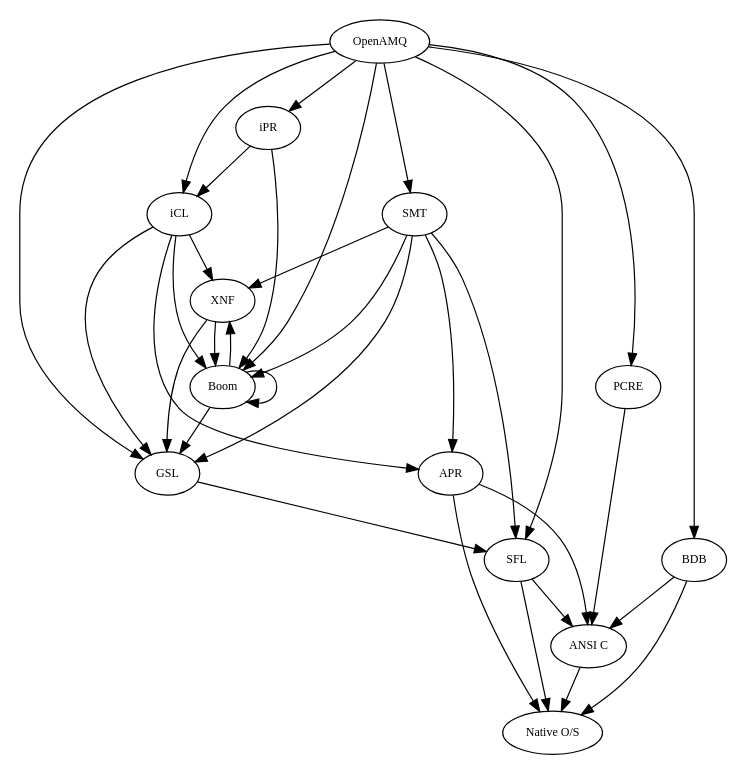
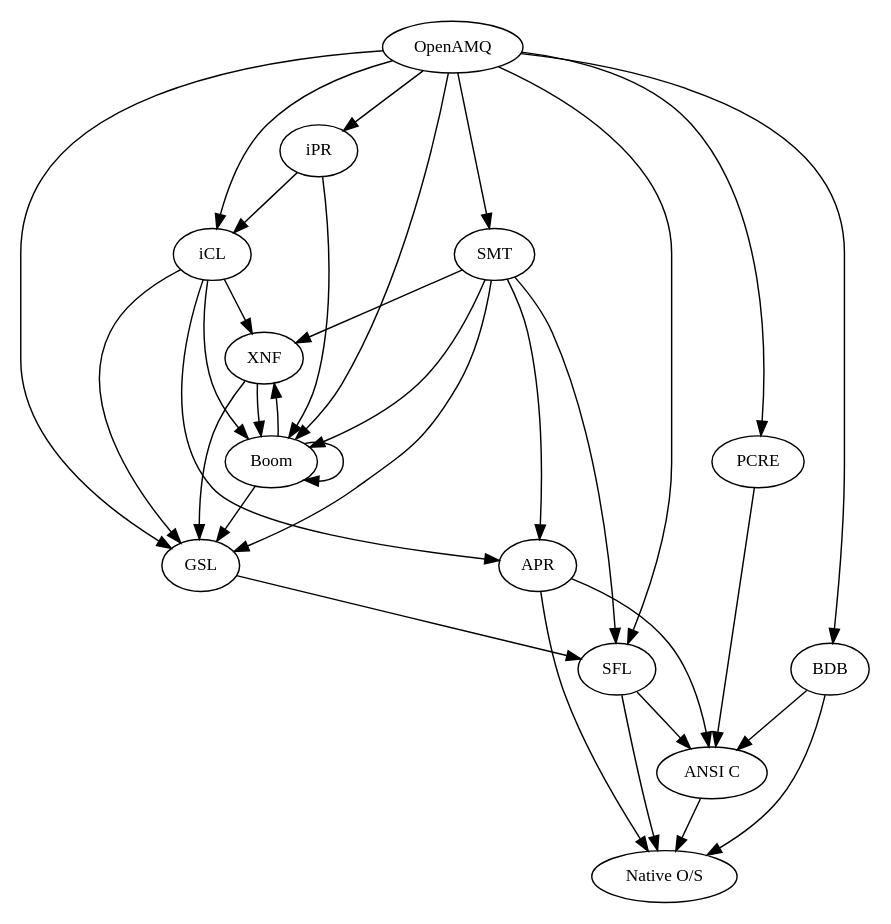
One commit to imatix/openamq changed the diagram in doc/openamq_tools.dot. Above: the diagram before and after it, drawn with Graphviz. The commit also changed 4 other files, not shown here.

```diff
--- a/doc/openamq_tools.dot
+++ b/doc/openamq_tools.dot
@@ -1,41 +1,41 @@
 //  OpenAMQ technology dependency tree
 //  Build using dot
 digraph Tools {
-    size = "5,12";
-    node [fontsize=10];
+    size = "6,10";
+    node [fontsize=12];
     OS [label = "Native O/S"];
     C  [label = "ANSI C"];
     C       -> OS;
     SFL     -> OS;
     SFL     -> C;
     APR     -> OS;
     APR     -> C;
     BDB     -> OS;
     BDB     -> C;
     GSL     -> SFL;
     SMT     -> SFL;
     SMT     -> APR;
     SMT     -> XNF;
     SMT     -> Boom;
     SMT     -> GSL;
     XNF     -> GSL;
     XNF     -> Boom;
     iCL     -> XNF;
     iCL     -> Boom;
     iCL     -> APR;
     iCL     -> GSL;
     iPR     -> Boom;
     iPR     -> iCL;
     Boom    -> Boom;
     Boom    -> XNF;
     Boom    -> GSL;
     OpenAMQ -> SMT;
     OpenAMQ -> SFL;
     OpenAMQ -> iCL;
     OpenAMQ -> iPR;
     OpenAMQ -> BDB;
     OpenAMQ -> GSL;
     OpenAMQ -> Boom;
     OpenAMQ -> PCRE;
     PCRE    -> C;
 }
```
